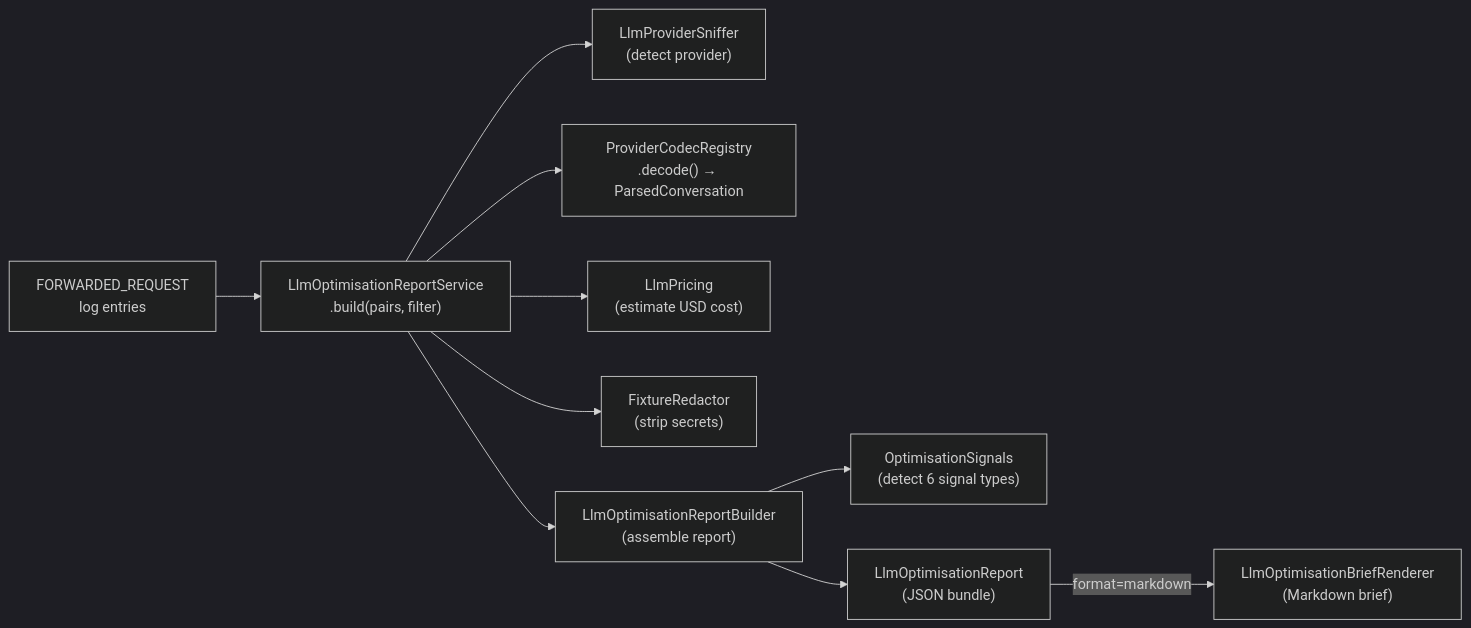
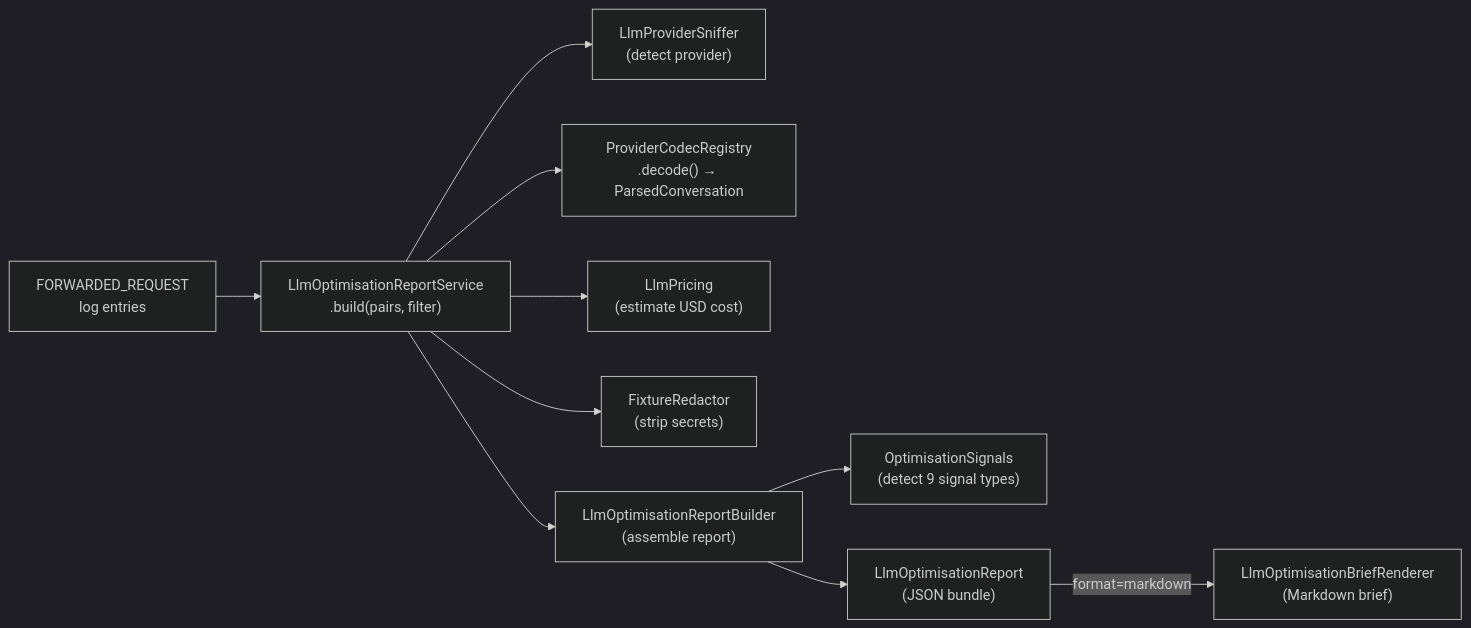
The fifth of 5 diagrams in docs/code/llm-mocking.md (sean8601/mockserver-monorepo), drawn with Mermaid (dark theme) before and after one commit. The commit also changed other lines of this file and 18 other files, not shown here.

First line of the commit message:
feat(llm): in-product optimisation verdict + cache/model/tool-schema signals

````diff
--- a/docs/code/llm-mocking.md
+++ b/docs/code/llm-mocking.md
@@ -649,12 +649,12 @@
 ```mermaid
 flowchart LR
     LOG["FORWARDED_REQUEST\nlog entries"] --> SVC["LlmOptimisationReportService\n.build(pairs, filter)"]
     SVC --> SNIFF["LlmProviderSniffer\n(detect provider)"]
     SVC --> CODEC["ProviderCodecRegistry\n.decode() → ParsedConversation"]
     SVC --> PRICE["LlmPricing\n(estimate USD cost)"]
     SVC --> REDACT["FixtureRedactor\n(strip secrets)"]
     SVC --> BUILD["LlmOptimisationReportBuilder\n(assemble report)"]
-    BUILD --> SIG["OptimisationSignals\n(detect 6 signal types)"]
+    BUILD --> SIG["OptimisationSignals\n(detect 9 signal types)"]
     BUILD --> RPT["LlmOptimisationReport\n(JSON bundle)"]
     RPT -->|"format=markdown"| RENDER["LlmOptimisationBriefRenderer\n(Markdown brief)"]
 ```
````
